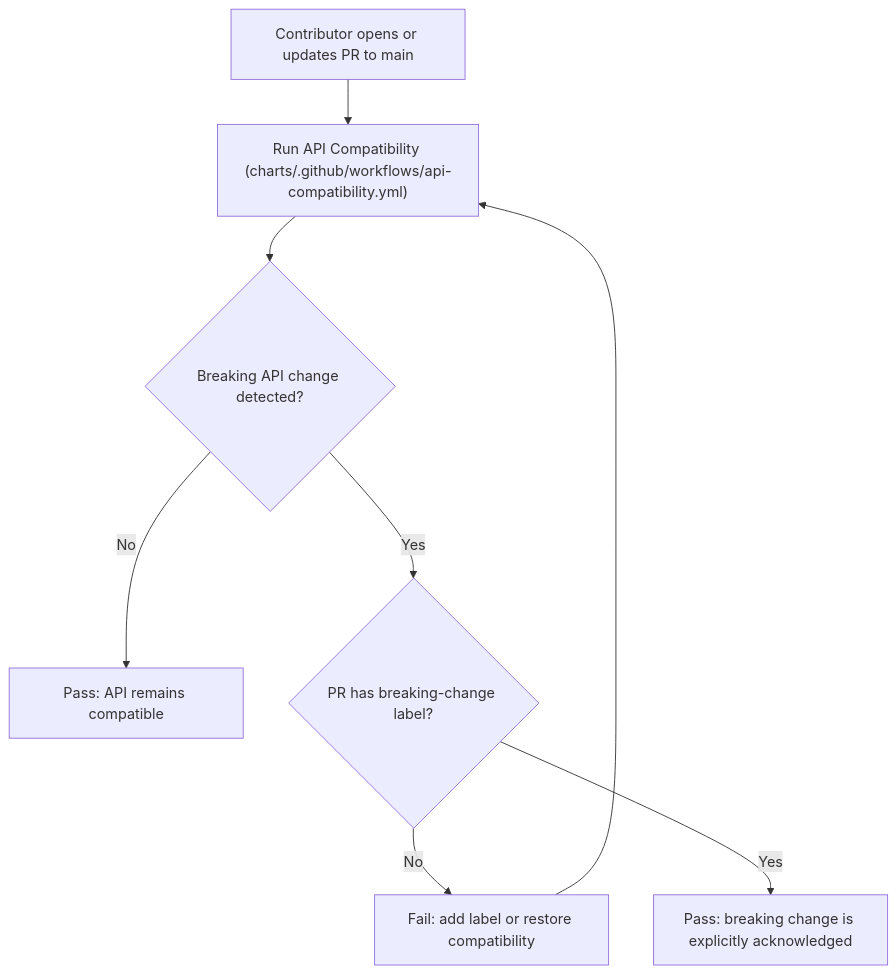
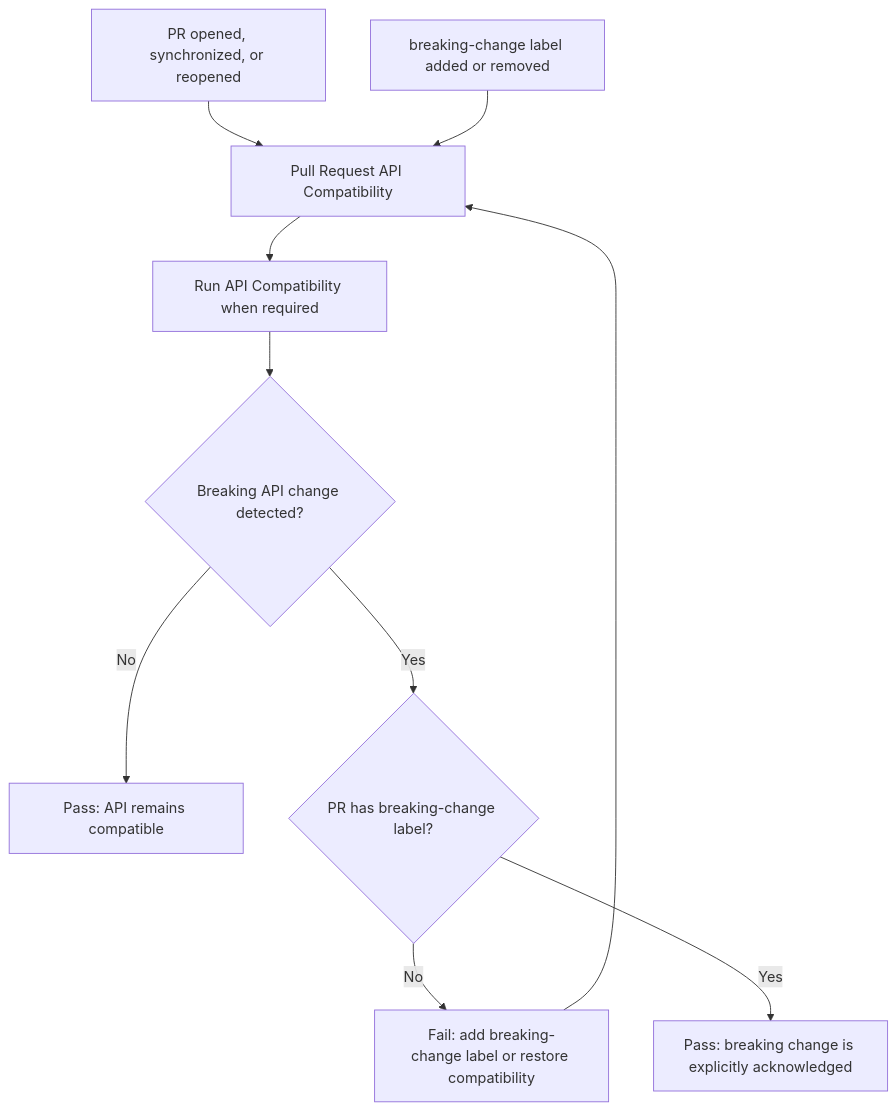
Before and after one commit to HDCharts/charts: the first of 2 diagrams in docs/workflows/api-compatibility.md, drawn with Mermaid. The commit also changed other lines of this file and 9 other files, not shown here.

Commit message:
ci: split pull request validation workflows (#502)

````diff
--- a/docs/workflows/api-compatibility.md
+++ b/docs/workflows/api-compatibility.md
@@ -9,11 +10,13 @@
 ```mermaid
 flowchart TD
-  A["Contributor opens or updates PR to main"] --> B["Run API Compatibility (charts/.github/workflows/api-compatibility.yml)"]
-  B --> C{"Breaking API change detected?"}
-  C -- No --> D["Pass: API remains compatible"]
-  C -- Yes --> E{"PR has breaking-change label?"}
-  E -- No --> F["Fail: add label or restore compatibility"]
-  E -- Yes --> G["Pass: breaking change is explicitly acknowledged"]
+  A["PR opened, synchronized, or reopened"] --> B["Pull Request API Compatibility"]
+  L["breaking-change label added or removed"] --> B
+  B --> C["Run API Compatibility when required"]
+  C --> D{"Breaking API change detected?"}
+  D -- No --> E["Pass: API remains compatible"]
+  D -- Yes --> F{"PR has breaking-change label?"}
+  F -- No --> G["Fail: add breaking-change label or restore compatibility"]
+  F -- Yes --> H["Pass: breaking change is explicitly acknowledged"]
 
-  F --> B
+  G --> B
 ```
````
